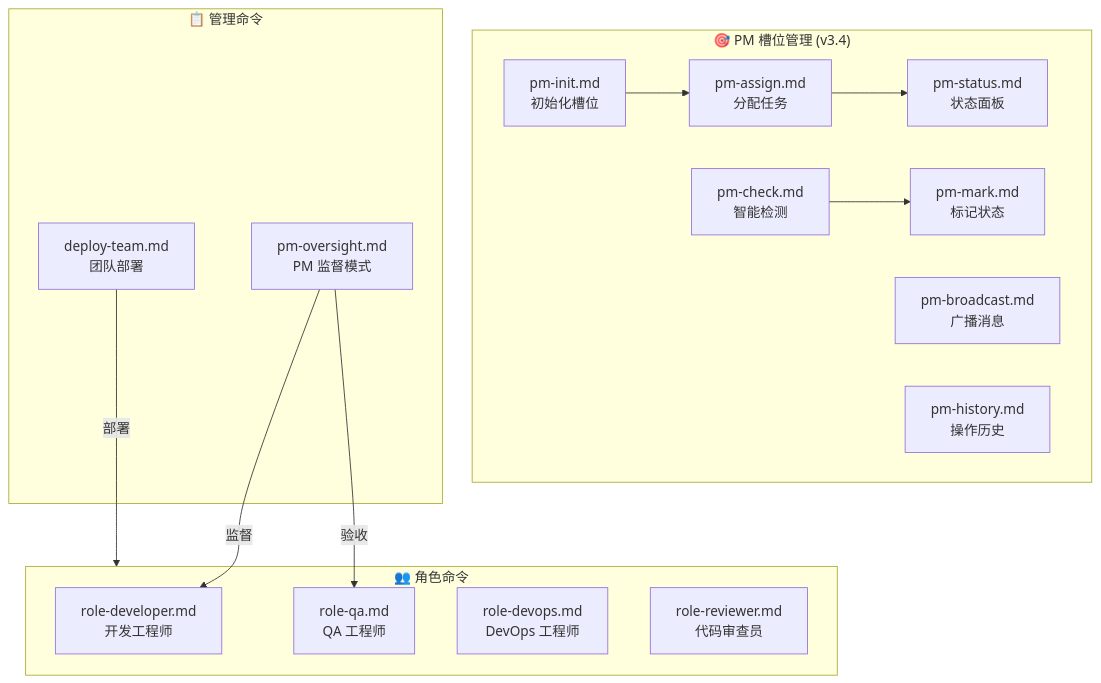
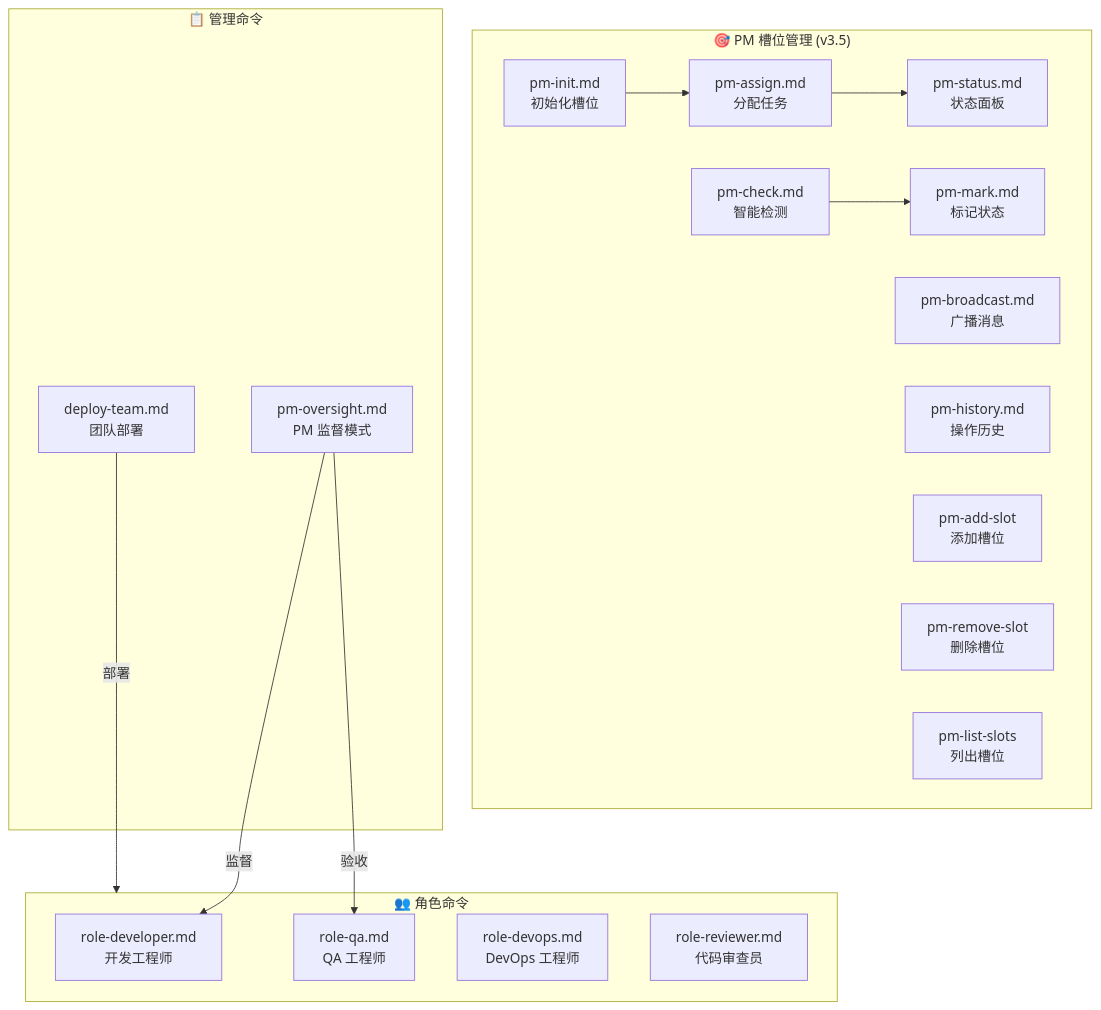
Before and after one commit to coolwoo/Tmux-AI-Team: the diagram in .claude/commands/tmuxAI/CLAUDE.md, drawn with Mermaid. The commit also changed other lines of this file and 2 other files, not shown here.

First line of the commit message:
docs: 更新文档反映 PM 槽位管理 v3.5 功能

````diff
--- a/.claude/commands/tmuxAI/CLAUDE.md
+++ b/.claude/commands/tmuxAI/CLAUDE.md
@@ -11,31 +11,34 @@
 ```mermaid
 graph TB
-    subgraph PMSlots["🎯 PM 槽位管理 (v3.4)"]
+    subgraph PMSlots["🎯 PM 槽位管理 (v3.5)"]
         INIT["pm-init.md<br/>初始化槽位"]
         ASSIGN["pm-assign.md<br/>分配任务"]
         STATUS["pm-status.md<br/>状态面板"]
         CHECK["pm-check.md<br/>智能检测"]
         MARK["pm-mark.md<br/>标记状态"]
         BROADCAST["pm-broadcast.md<br/>广播消息"]
         HISTORY["pm-history.md<br/>操作历史"]
+        ADD["pm-add-slot<br/>添加槽位"]
+        REMOVE["pm-remove-slot<br/>删除槽位"]
+        LIST["pm-list-slots<br/>列出槽位"]
     end
 
     subgraph Management["📋 管理命令"]
         PM["pm-oversight.md<br/>PM 监督模式"]
         DEPLOY["deploy-team.md<br/>团队部署"]
     end
 
     subgraph Roles["👥 角色命令"]
         DEV["role-developer.md<br/>开发工程师"]
         QA["role-qa.md<br/>QA 工程师"]
         DEVOPS["role-devops.md<br/>DevOps 工程师"]
         REVIEW["role-reviewer.md<br/>代码审查员"]
     end
 
     INIT --> ASSIGN
     ASSIGN --> STATUS
     CHECK --> MARK
     PM -->|"监督"| DEV
     PM -->|"验收"| QA
     DEPLOY -->|"部署"| Roles
 ```
````
